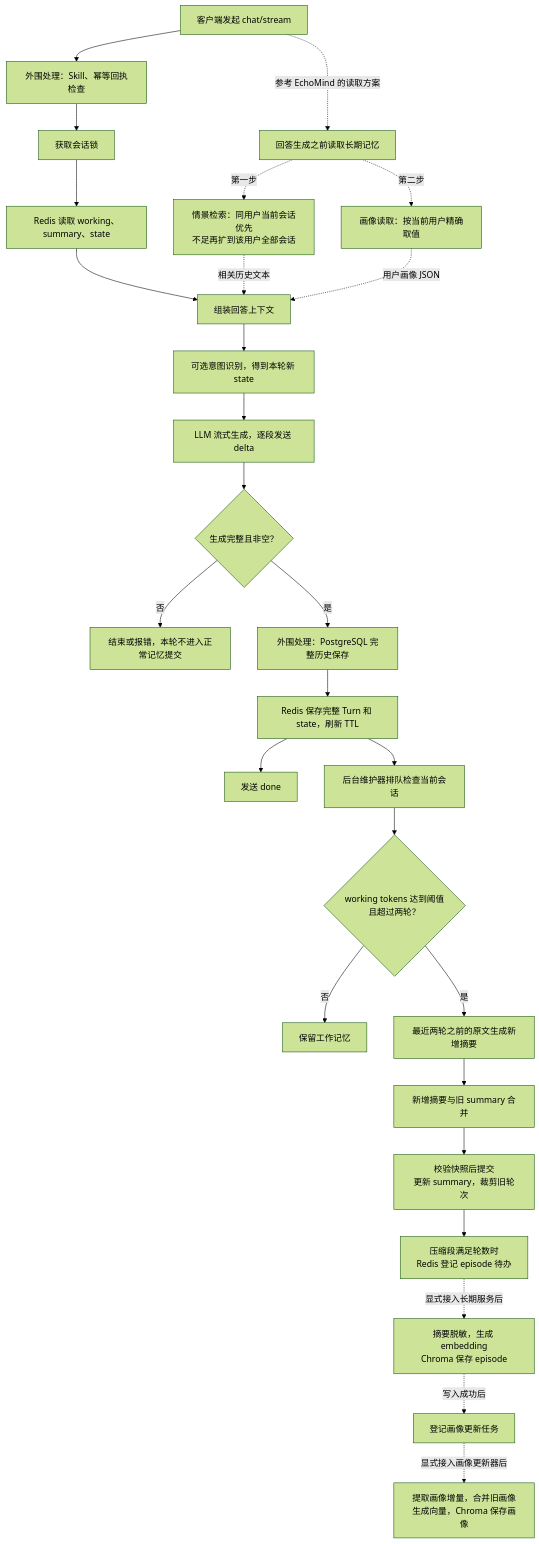
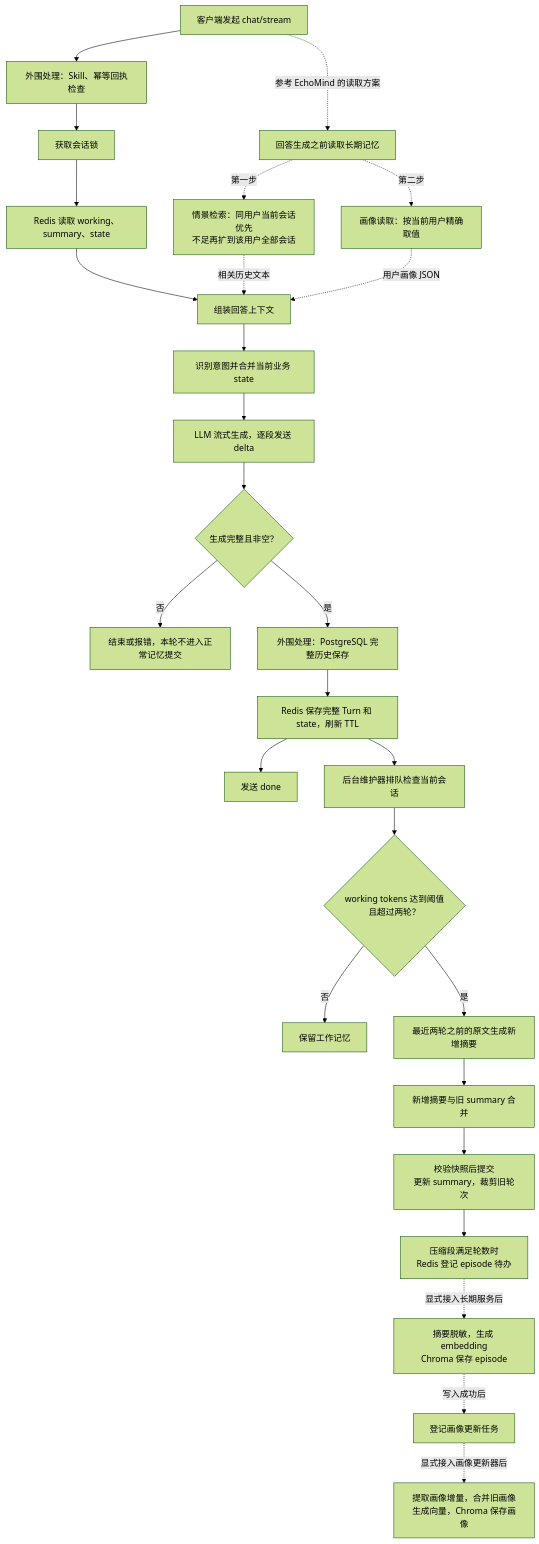
One commit to 60sAINT/commerceMind changed the diagram in docs/memory-mechanism-tutorial.md. Above: the diagram before and after it, drawn with Mermaid (forest theme). The commit also changed other lines of this file and 5 other files, not shown here.

````diff
--- a/docs/memory-mechanism-tutorial.md
+++ b/docs/memory-mechanism-tutorial.md
@@ -5,30 +5,30 @@
 ```mermaid
 flowchart TD
     A[客户端发起 chat/stream] --> OUTER[外围处理：Skill、幂等回执检查]
     OUTER --> B[获取会话锁]
     B --> C[Redis 读取 working、summary、state]
     C --> D[组装回答上下文]
-    D --> E[可选意图识别，得到本轮新 state]
+    D --> E[识别意图并合并当前业务 state]
     E --> F[LLM 流式生成，逐段发送 delta]
     F --> G{生成完整且非空？}
     G -->|否| STOP[结束或报错，本轮不进入正常记忆提交]
     G -->|是| SAVE[外围处理：PostgreSQL 完整历史保存]
     SAVE --> H[Redis 保存完整 Turn 和 state，刷新 TTL]
     H --> DONE[发送 done]
     H --> Q[后台维护器排队检查当前会话]
     Q --> T{working tokens 达到阈值<br/>且超过两轮？}
     T -->|否| KEEP[保留工作记忆]
     T -->|是| S[最近两轮之前的原文生成新增摘要]
     S --> MERGE[新增摘要与旧 summary 合并]
     MERGE --> CAS[校验快照后提交<br/>更新 summary，裁剪旧轮次]
     CAS --> P[压缩段满足轮数时<br/>Redis 登记 episode 待办]
     P -. 显式接入长期服务后 .-> V[摘要脱敏，生成 embedding<br/>Chroma 保存 episode]
     V -. 写入成功后 .-> PP[登记画像更新任务]
     PP -. 显式接入画像更新器后 .-> U[提取画像增量，合并旧画像<br/>生成向量，Chroma 保存画像]
 
     A -. 参考 EchoMind 的读取方案 .-> READ[回答生成之前读取长期记忆]
     READ -. 第一步 .-> R1[情景检索：同用户当前会话优先<br/>不足再扩到该用户全部会话]
     READ -. 第二步 .-> R2[画像读取：按当前用户精确取值]
     R1 -. 相关历史文本 .-> D
     R2 -. 用户画像 JSON .-> D
 ```
````
